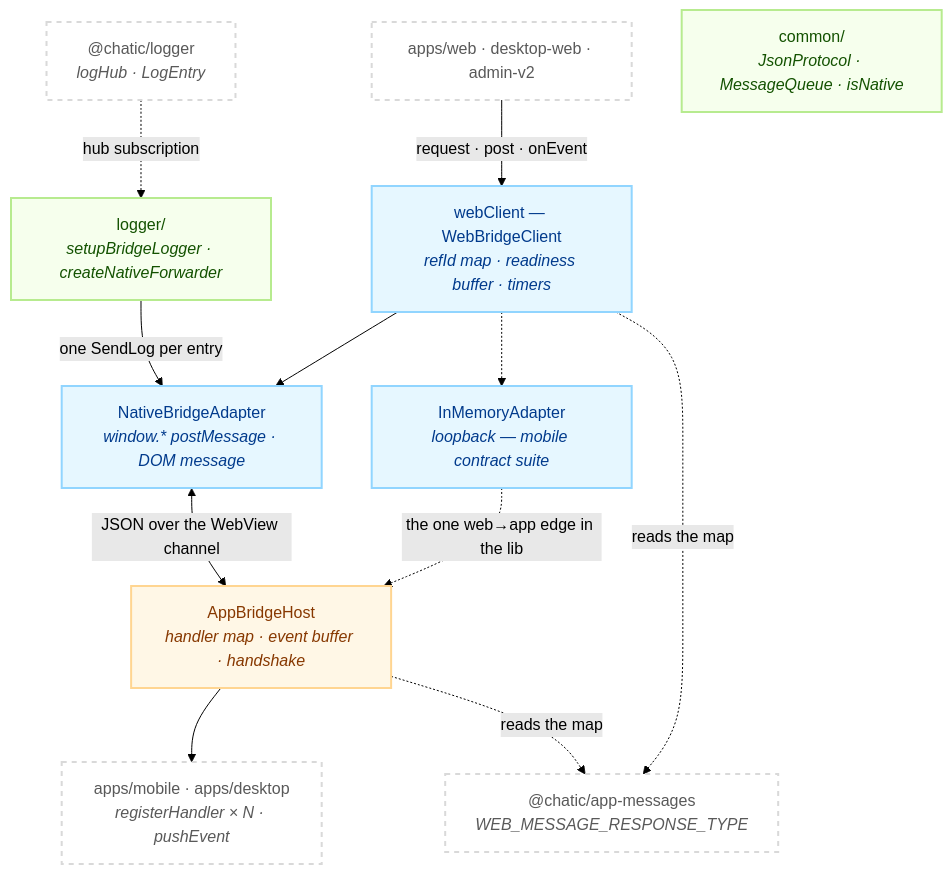
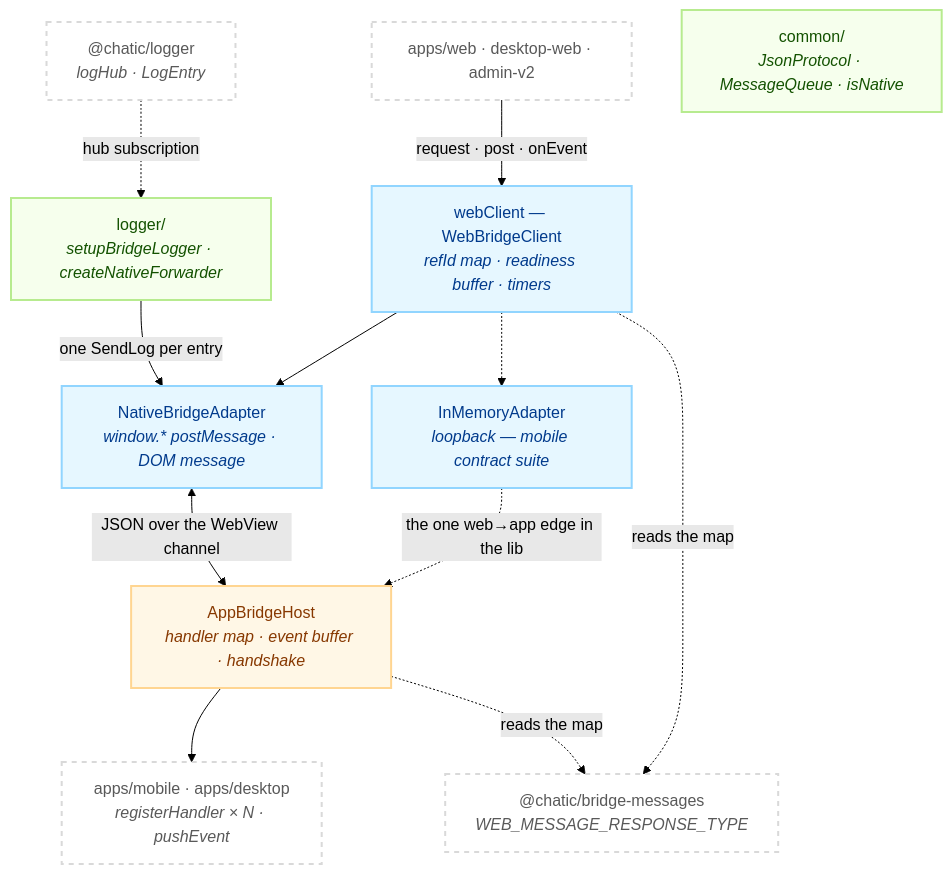
The first of 2 diagrams in libs/bridges/README.md (lemoncloud-io/dou-app), drawn with Mermaid (forest theme) before and after one commit. The commit also changed other lines of this file and 313 other files, not shown here.

First line of the commit message:
refactor(bridge-messages): rename @chatic/app-messages to @chatic/bridge-messages

````diff
--- a/libs/bridges/README.md
+++ b/libs/bridges/README.md
@@ -105,30 +105,30 @@
 ```mermaid
 flowchart TD
     classDef ext fill:#ffffff,stroke:#d9d9d9,stroke-width:2px,color:#595959,stroke-dasharray: 5 5;
     classDef web fill:#e6f7ff,stroke:#91d5ff,stroke-width:2px,color:#003a8c;
     classDef app fill:#fff7e6,stroke:#ffd591,stroke-width:2px,color:#873800;
     classDef com fill:#f6ffed,stroke:#b7eb8f,stroke-width:2px,color:#135200;
 
     Caller["apps/web · desktop-web · admin-v2"]:::ext
     Shell["apps/mobile · apps/desktop<br/><i>registerHandler × N · pushEvent</i>"]:::ext
-    Msgs["@chatic/app-messages<br/><i>WEB_MESSAGE_RESPONSE_TYPE</i>"]:::ext
+    Msgs["@chatic/bridge-messages<br/><i>WEB_MESSAGE_RESPONSE_TYPE</i>"]:::ext
     Log["@chatic/logger<br/><i>logHub · LogEntry</i>"]:::ext
 
     WC["webClient — WebBridgeClient<br/><i>refId map · readiness buffer · timers</i>"]:::web
     NA["NativeBridgeAdapter<br/><i>window.* postMessage · DOM message</i>"]:::web
     IM["InMemoryAdapter<br/><i>loopback — mobile contract suite</i>"]:::web
     Host["AppBridgeHost<br/><i>handler map · event buffer · handshake</i>"]:::app
     Com["common/<br/><i>JsonProtocol · MessageQueue · isNative</i>"]:::com
     Fwd["logger/<br/><i>setupBridgeLogger · createNativeForwarder</i>"]:::com
 
     Caller -->|"request · post · onEvent"| WC
     WC --> NA
     WC -.-> IM
     IM -.->|"the one web→app edge in the lib"| Host
     NA <-->|"JSON over the WebView channel"| Host
     Host --> Shell
     WC -.->|"reads the map"| Msgs
     Host -.->|"reads the map"| Msgs
     Fwd -->|"one SendLog per entry"| NA
     Log -.->|"hub subscription"| Fwd
 ```
````
